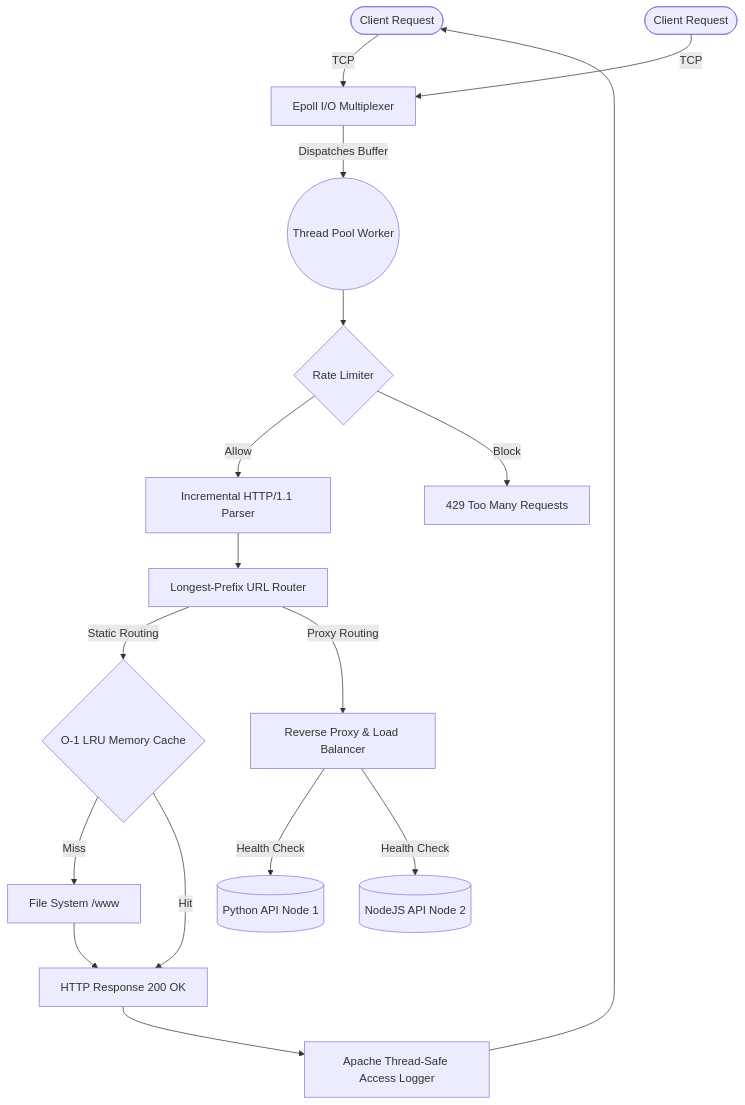
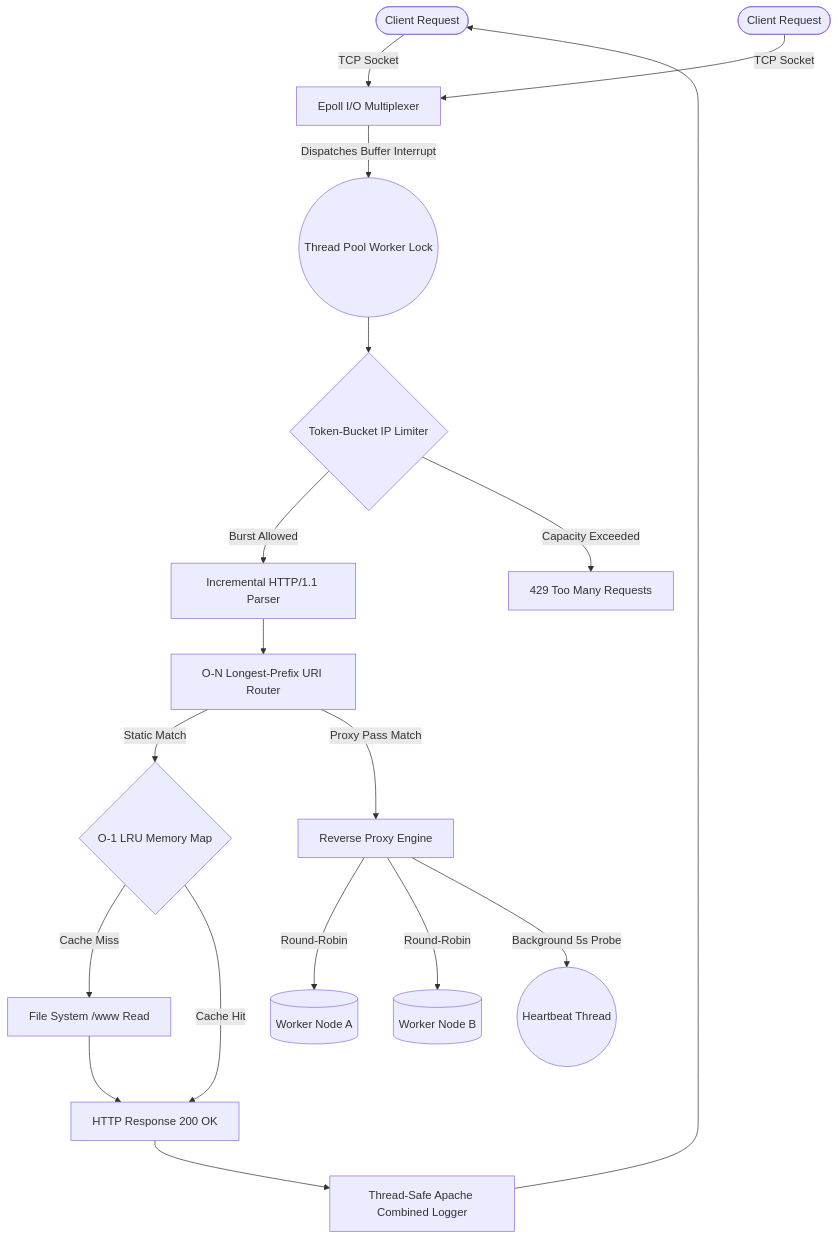
The diagram in README.md (abhinavrathee/VeloxServe), drawn with Mermaid before and after one commit. The commit also changed other lines of this file, not shown here.

Commit message:
docs(readme): integrate advanced architectural systems documentation

````diff
--- a/README.md
+++ b/README.md
@@ -51,25 +52,26 @@
 ```mermaid
 graph TD
-    Client1([Client Request]) -->|TCP| Epoll[Epoll I/O Multiplexer]
-    Client2([Client Request]) -->|TCP| Epoll
+    Client1([Client Request]) -->|TCP Socket| Epoll[Epoll I/O Multiplexer]
+    Client2([Client Request]) -->|TCP Socket| Epoll
     
-    Epoll -->|Dispatches Buffer| ThreadPool((Thread Pool Worker))
+    Epoll -->|Dispatches Buffer Interrupt| ThreadPool((Thread Pool Worker Lock))
     
-    ThreadPool --> RateLimiter{Rate Limiter}
-    RateLimiter -->|Allow| Parser[Incremental HTTP/1.1 Parser]
-    RateLimiter -->|Block| Blocked[429 Too Many Requests]
+    ThreadPool --> RateLimiter{Token-Bucket IP Limiter}
+    RateLimiter -->|Burst Allowed| Parser[Incremental HTTP/1.1 Parser]
+    RateLimiter -->|Capacity Exceeded| Blocked[429 Too Many Requests]
     
-    Parser --> Router[Longest-Prefix URL Router]
+    Parser --> Router[O-N Longest-Prefix URI Router]
     
-    Router -->|Static Routing| Cache{O-1 LRU Memory Cache}
-    Cache -->|Miss| FS[File System /www]
-    Cache -->|Hit| Response[HTTP Response 200 OK]
+    Router -->|Static Match| Cache{O-1 LRU Memory Map}
+    Cache -->|Cache Miss| FS[File System /www Read]
+    Cache -->|Cache Hit| Response[HTTP Response 200 OK]
     FS --> Response
     
-    Router -->|Proxy Routing| LB[Reverse Proxy & Load Balancer]
-    LB -->|Health Check| Backend1[(Python API Node 1)]
-    LB -->|Health Check| Backend2[(NodeJS API Node 2)]
+    Router -->|Proxy Pass Match| LB[Reverse Proxy Engine]
+    LB -->|Round-Robin| Backend1[(Worker Node A)]
+    LB -->|Round-Robin| Backend2[(Worker Node B)]
+    LB -->|Background 5s Probe| HealthPing((Heartbeat Thread))
     
-    Response --> Logger[Apache Thread-Safe Access Logger]
+    Response --> Logger[Thread-Safe Apache Combined Logger]
     Logger --> Client1
 ```
````
